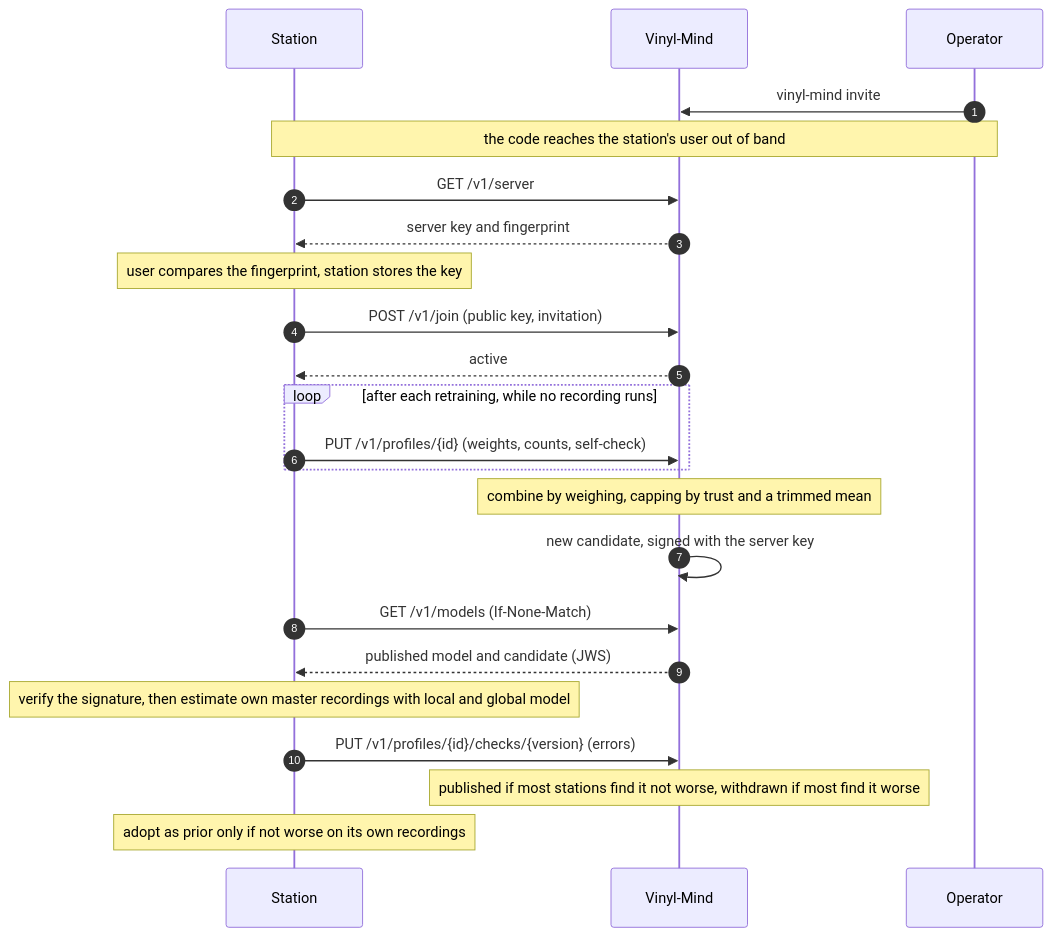
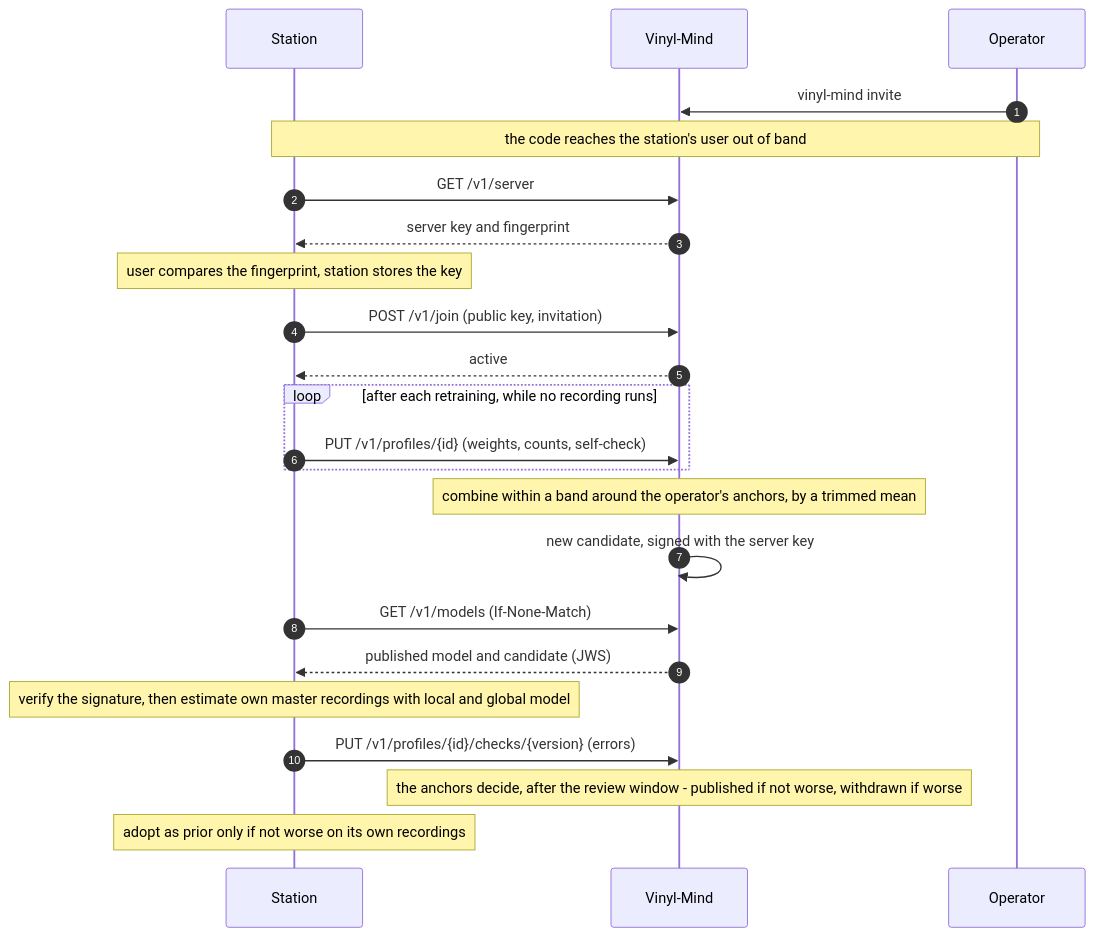
The second of 3 diagrams in docs/overview.md (michaelpietzsch/vinyl-mind), drawn with Mermaid before and after one commit. The commit also changed other lines of this file and 9 other files, not shown here.

Commit message:
Docs for 0.1.8: anchors, the band, the review window, the event log, the hardened protocol, new simulation numbers

````diff
--- a/docs/overview.md
+++ b/docs/overview.md
@@ -35,28 +35,28 @@
 ```mermaid
 sequenceDiagram
     autonumber
     participant St as Station
     participant Hub as Vinyl-Mind
     participant Op as Operator
 
     Op->>Hub: vinyl-mind invite
     Note over Op,St: the code reaches the station's user out of band
     St->>Hub: GET /v1/server
     Hub-->>St: server key and fingerprint
     Note over St: user compares the fingerprint, station stores the key
     St->>Hub: POST /v1/join (public key, invitation)
     Hub-->>St: active
 
     loop after each retraining, while no recording runs
         St->>Hub: PUT /v1/profiles/{id} (weights, counts, self-check)
     end
-    Note over Hub: combine by weighing, capping by trust and a trimmed mean
+    Note over Hub: combine within a band around the operator's anchors, by a trimmed mean
     Hub->>Hub: new candidate, signed with the server key
 
     St->>Hub: GET /v1/models (If-None-Match)
     Hub-->>St: published model and candidate (JWS)
     Note over St: verify the signature, then estimate own master recordings with local and global model
     St->>Hub: PUT /v1/profiles/{id}/checks/{version} (errors)
-    Note over Hub: published if most stations find it not worse, withdrawn if most find it worse
+    Note over Hub: the anchors decide, after the review window - published if not worse, withdrawn if worse
     Note over St: adopt as prior only if not worse on its own recordings
 ```
````
